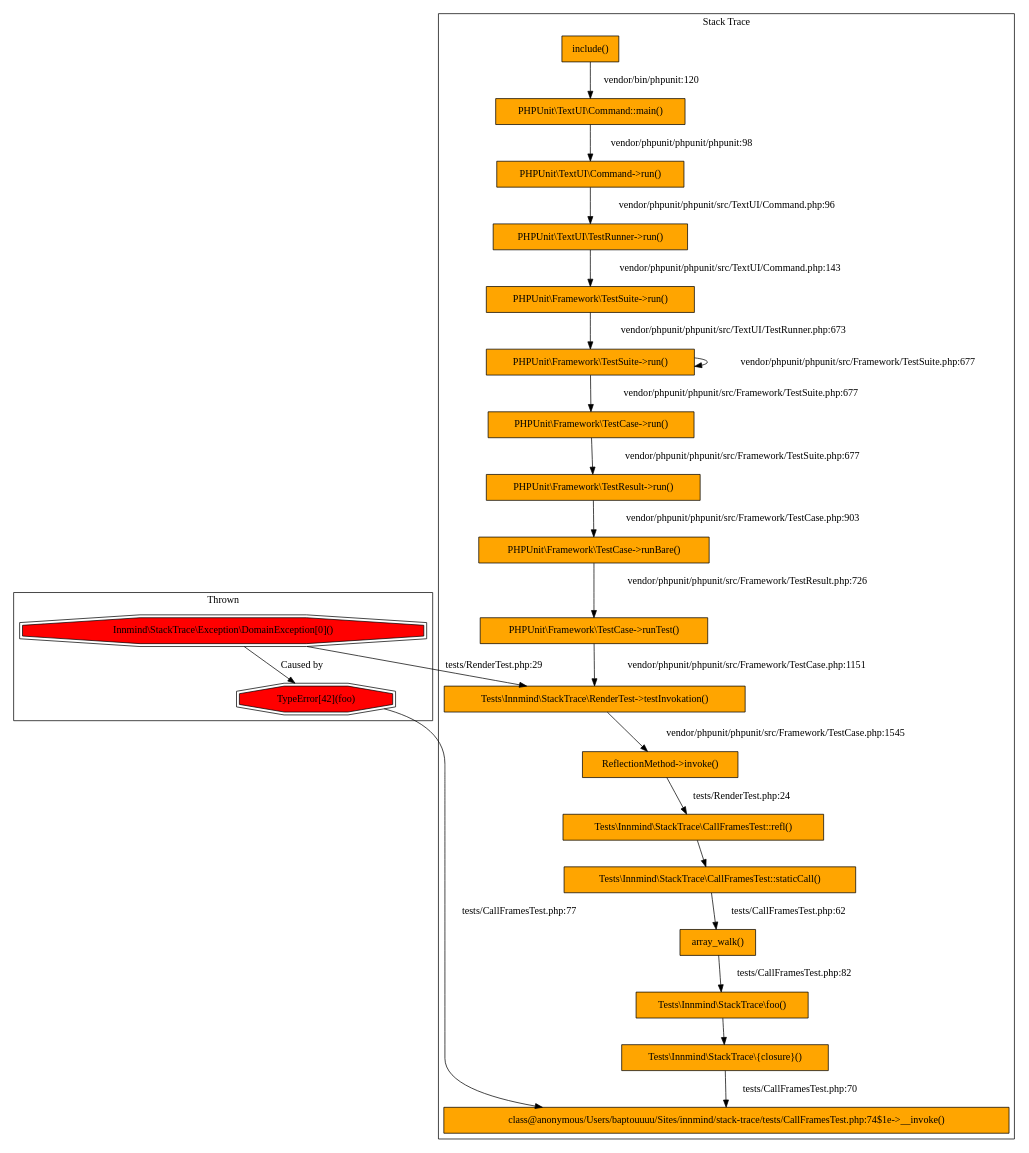
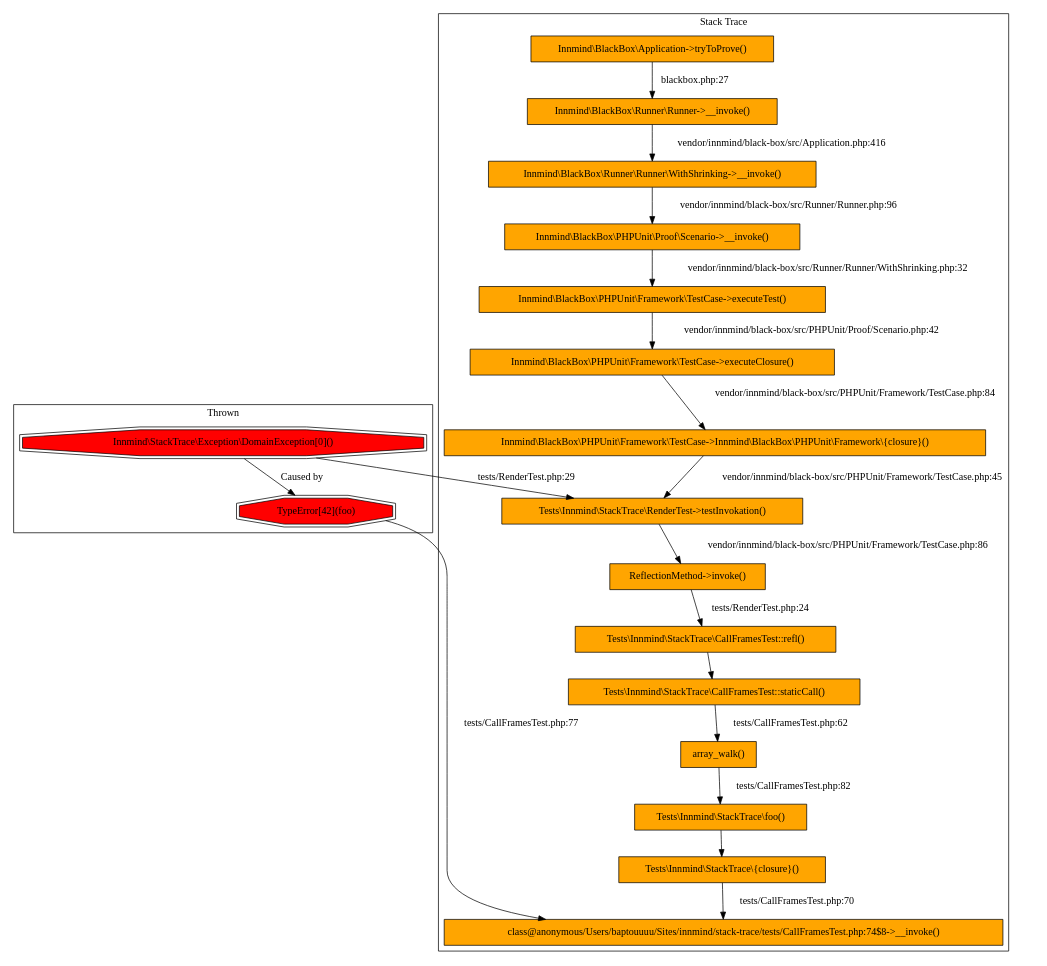
Before and after one commit to Innmind/StackTrace: the diagram in graph.dot, drawn with Graphviz. The commit also changed 20 other files, not shown here.

Commit message:
run tests with blackbox

```diff
--- a/graph.dot
+++ b/graph.dot
@@ -1,49 +1,42 @@
 digraph stack_trace {
     subgraph cluster_throwables {
         label="Thrown"
-    exception_0000000000000afb0000000000000000 -> exception_00000000000005a80000000000000000 [label="Caused by"];
-    exception_00000000000005a80000000000000000 [shape="doubleoctagon", style="filled", fillcolor="#ff0000", label="TypeError[42](foo)", URL="file:///Users/baptouuuu/Sites/innmind/stack-trace/tests/CallFramesTest.php"];
-    exception_0000000000000afb0000000000000000 [shape="doubleoctagon", style="filled", fillcolor="#ff0000", label="Innmind\\StackTrace\\Exception\\DomainException[0]()", URL="file:///Users/baptouuuu/Sites/innmind/stack-trace/tests/RenderTest.php"];
+    exception_00000000000000880000000000000000 -> exception_00000000000005cb0000000000000000 [label="Caused by"];
+    exception_00000000000005cb0000000000000000 [shape="doubleoctagon", style="filled", fillcolor="#ff0000", label="TypeError[42](foo)", URL="file:///Users/baptouuuu/Sites/innmind/stack-trace/tests/CallFramesTest.php"];
+    exception_00000000000000880000000000000000 [shape="doubleoctagon", style="filled", fillcolor="#ff0000", label="Innmind\\StackTrace\\Exception\\DomainException[0]()", URL="file:///Users/baptouuuu/Sites/innmind/stack-trace/tests/RenderTest.php"];
     }
     subgraph cluster_call_frames {
         label="Stack Trace"
-    call_frame_4f9ea46a7375c109da69901c633013a9 -> call_frame_53aaccb6492409f5e3f3865fc706111e [label="tests/CallFramesTest.php:70", URL="file:///Users/baptouuuu/Sites/innmind/stack-trace/tests/CallFramesTest.php"];
+    call_frame_4f9ea46a7375c109da69901c633013a9 -> call_frame_0c8ca819225bbabc6f0533ccef07666b [label="tests/CallFramesTest.php:70", URL="file:///Users/baptouuuu/Sites/innmind/stack-trace/tests/CallFramesTest.php"];
     call_frame_78899d4635295534cfc817b37dee2513 -> call_frame_4f9ea46a7375c109da69901c633013a9;
     call_frame_7945ef788bc897e87fc2d31edd4537b5 -> call_frame_78899d4635295534cfc817b37dee2513 [label="tests/CallFramesTest.php:82", URL="file:///Users/baptouuuu/Sites/innmind/stack-trace/tests/CallFramesTest.php"];
     call_frame_9914fdd0b965fa974e826064877ece14 -> call_frame_7945ef788bc897e87fc2d31edd4537b5 [label="tests/CallFramesTest.php:62", URL="file:///Users/baptouuuu/Sites/innmind/stack-trace/tests/CallFramesTest.php"];
     call_frame_a3479fc68cbbda8c8966caf2abecb4ec -> call_frame_9914fdd0b965fa974e826064877ece14;
     call_frame_4bebae301b668efb03e7bc24f79606a6 -> call_frame_a3479fc68cbbda8c8966caf2abecb4ec [label="tests/RenderTest.php:24", URL="file:///Users/baptouuuu/Sites/innmind/stack-trace/tests/RenderTest.php"];
-    call_frame_47c0407195947f117d1878ddc407c0a3 -> call_frame_4bebae301b668efb03e7bc24f79606a6 [label="vendor/phpunit/phpunit/src/Framework/TestCase.php:1545", URL="file:///Users/baptouuuu/Sites/innmind/stack-trace/vendor/phpunit/phpunit/src/Framework/TestCase.php"];
-    call_frame_07f591f613086fa0eafe956f80ef31fa -> call_frame_47c0407195947f117d1878ddc407c0a3 [label="vendor/phpunit/phpunit/src/Framework/TestCase.php:1151", URL="file:///Users/baptouuuu/Sites/innmind/stack-trace/vendor/phpunit/phpunit/src/Framework/TestCase.php"];
-    call_frame_5627b6f9e8560c938320b94b612d2fc0 -> call_frame_07f591f613086fa0eafe956f80ef31fa [label="vendor/phpunit/phpunit/src/Framework/TestResult.php:726", URL="file:///Users/baptouuuu/Sites/innmind/stack-trace/vendor/phpunit/phpunit/src/Framework/TestResult.php"];
-    call_frame_9e85687edeee0a8f8bd7f473ec92cc89 -> call_frame_5627b6f9e8560c938320b94b612d2fc0 [label="vendor/phpunit/phpunit/src/Framework/TestCase.php:903", URL="file:///Users/baptouuuu/Sites/innmind/stack-trace/vendor/phpunit/phpunit/src/Framework/TestCase.php"];
-    call_frame_862259868e8b30c44157d4fa168fc13a -> call_frame_9e85687edeee0a8f8bd7f473ec92cc89 [label="vendor/phpunit/phpunit/src/Framework/TestSuite.php:677", URL="file:///Users/baptouuuu/Sites/innmind/stack-trace/vendor/phpunit/phpunit/src/Framework/TestSuite.php"];
-    call_frame_cc4026df087e27e93e934267183b41f4 -> call_frame_862259868e8b30c44157d4fa168fc13a [label="vendor/phpunit/phpunit/src/Framework/TestSuite.php:677", URL="file:///Users/baptouuuu/Sites/innmind/stack-trace/vendor/phpunit/phpunit/src/Framework/TestSuite.php"];
-    call_frame_cc4026df087e27e93e934267183b41f4 -> call_frame_cc4026df087e27e93e934267183b41f4 [label="vendor/phpunit/phpunit/src/Framework/TestSuite.php:677", URL="file:///Users/baptouuuu/Sites/innmind/stack-trace/vendor/phpunit/phpunit/src/Framework/TestSuite.php"];
-    call_frame_c8d6907ef39a015179586fa3b8c89d1a -> call_frame_cc4026df087e27e93e934267183b41f4 [label="vendor/phpunit/phpunit/src/TextUI/TestRunner.php:673", URL="file:///Users/baptouuuu/Sites/innmind/stack-trace/vendor/phpunit/phpunit/src/TextUI/TestRunner.php"];
-    call_frame_95bacb9103a97886bc59bc9084f8765c -> call_frame_c8d6907ef39a015179586fa3b8c89d1a [label="vendor/phpunit/phpunit/src/TextUI/Command.php:143", URL="file:///Users/baptouuuu/Sites/innmind/stack-trace/vendor/phpunit/phpunit/src/TextUI/Command.php"];
-    call_frame_ea22ce8c2ce2b0f720bfdcc70fb908c5 -> call_frame_95bacb9103a97886bc59bc9084f8765c [label="vendor/phpunit/phpunit/src/TextUI/Command.php:96", URL="file:///Users/baptouuuu/Sites/innmind/stack-trace/vendor/phpunit/phpunit/src/TextUI/Command.php"];
-    call_frame_06e435cf2f8ff07c446385801e950ee7 -> call_frame_ea22ce8c2ce2b0f720bfdcc70fb908c5 [label="vendor/phpunit/phpunit/phpunit:98", URL="file:///Users/baptouuuu/Sites/innmind/stack-trace/vendor/phpunit/phpunit/phpunit"];
-    call_frame_d8b76d2929d9dd7cd5896c117a761475 -> call_frame_06e435cf2f8ff07c446385801e950ee7 [label="vendor/bin/phpunit:120", URL="file:///Users/baptouuuu/Sites/innmind/stack-trace/vendor/bin/phpunit"];
-    call_frame_53aaccb6492409f5e3f3865fc706111e [shape="box", style="filled", fillcolor="#ffa500", label="class@anonymous/Users/baptouuuu/Sites/innmind/stack-trace/tests/CallFramesTest.php:74$1e->__invoke()", URL="file:///Users/baptouuuu/Sites/innmind/stack-trace/tests/CallFramesTest.php"];
+    call_frame_977883ee6b9d8d61d49a8923590c9d3d -> call_frame_4bebae301b668efb03e7bc24f79606a6 [label="vendor/innmind/black-box/src/PHPUnit/Framework/TestCase.php:86", URL="file:///Users/baptouuuu/Sites/innmind/stack-trace/vendor/innmind/black-box/src/PHPUnit/Framework/TestCase.php"];
+    call_frame_4b21509278f2fb535c4686987deaeec0 -> call_frame_977883ee6b9d8d61d49a8923590c9d3d [label="vendor/innmind/black-box/src/PHPUnit/Framework/TestCase.php:45", URL="file:///Users/baptouuuu/Sites/innmind/stack-trace/vendor/innmind/black-box/src/PHPUnit/Framework/TestCase.php"];
+    call_frame_11bcadcf71c13b34cb8495c5dea2fc27 -> call_frame_4b21509278f2fb535c4686987deaeec0 [label="vendor/innmind/black-box/src/PHPUnit/Framework/TestCase.php:84", URL="file:///Users/baptouuuu/Sites/innmind/stack-trace/vendor/innmind/black-box/src/PHPUnit/Framework/TestCase.php"];
+    call_frame_1c2e2b4e79d46af214de1b3ba4c61dbf -> call_frame_11bcadcf71c13b34cb8495c5dea2fc27 [label="vendor/innmind/black-box/src/PHPUnit/Proof/Scenario.php:42", URL="file:///Users/baptouuuu/Sites/innmind/stack-trace/vendor/innmind/black-box/src/PHPUnit/Proof/Scenario.php"];
+    call_frame_a111af271f7cbec84d773aa454fa4563 -> call_frame_1c2e2b4e79d46af214de1b3ba4c61dbf [label="vendor/innmind/black-box/src/Runner/Runner/WithShrinking.php:32", URL="file:///Users/baptouuuu/Sites/innmind/stack-trace/vendor/innmind/black-box/src/Runner/Runner/WithShrinking.php"];
+    call_frame_a61921d89631465573bff6d224342807 -> call_frame_a111af271f7cbec84d773aa454fa4563 [label="vendor/innmind/black-box/src/Runner/Runner.php:96", URL="file:///Users/baptouuuu/Sites/innmind/stack-trace/vendor/innmind/black-box/src/Runner/Runner.php"];
+    call_frame_798ce749ff53e1197fa23634b0e7aeb8 -> call_frame_a61921d89631465573bff6d224342807 [label="vendor/innmind/black-box/src/Application.php:416", URL="file:///Users/baptouuuu/Sites/innmind/stack-trace/vendor/innmind/black-box/src/Application.php"];
+    call_frame_20f3ae3c3ed2af761933fe1537c4992b -> call_frame_798ce749ff53e1197fa23634b0e7aeb8 [label="blackbox.php:27", URL="file:///Users/baptouuuu/Sites/innmind/stack-trace/blackbox.php"];
+    call_frame_0c8ca819225bbabc6f0533ccef07666b [shape="box", style="filled", fillcolor="#ffa500", label="class@anonymous/Users/baptouuuu/Sites/innmind/stack-trace/tests/CallFramesTest.php:74$8->__invoke()", URL="file:///Users/baptouuuu/Sites/innmind/stack-trace/tests/CallFramesTest.php"];
     call_frame_4f9ea46a7375c109da69901c633013a9 [shape="box", style="filled", fillcolor="#ffa500", label="Tests\\Innmind\\StackTrace\\{closure}()", URL="file:///Users/baptouuuu/Sites/innmind/stack-trace/tests/CallFramesTest.php"];
     call_frame_78899d4635295534cfc817b37dee2513 [shape="box", style="filled", fillcolor="#ffa500", label="Tests\\Innmind\\StackTrace\\foo()"];
     call_frame_7945ef788bc897e87fc2d31edd4537b5 [shape="box", style="filled", fillcolor="#ffa500", label="array_walk()", URL="file:///Users/baptouuuu/Sites/innmind/stack-trace/tests/CallFramesTest.php"];
     call_frame_9914fdd0b965fa974e826064877ece14 [shape="box", style="filled", fillcolor="#ffa500", label="Tests\\Innmind\\StackTrace\\CallFramesTest::staticCall()", URL="file:///Users/baptouuuu/Sites/innmind/stack-trace/tests/CallFramesTest.php"];
     call_frame_a3479fc68cbbda8c8966caf2abecb4ec [shape="box", style="filled", fillcolor="#ffa500", label="Tests\\Innmind\\StackTrace\\CallFramesTest::refl()"];
     call_frame_4bebae301b668efb03e7bc24f79606a6 [shape="box", style="filled", fillcolor="#ffa500", label="ReflectionMethod->invoke()", URL="file:///Users/baptouuuu/Sites/innmind/stack-trace/tests/RenderTest.php"];
-    call_frame_47c0407195947f117d1878ddc407c0a3 [shape="box", style="filled", fillcolor="#ffa500", label="Tests\\Innmind\\StackTrace\\RenderTest->testInvokation()", URL="file:///Users/baptouuuu/Sites/innmind/stack-trace/vendor/phpunit/phpunit/src/Framework/TestCase.php"];
-    call_frame_07f591f613086fa0eafe956f80ef31fa [shape="box", style="filled", fillcolor="#ffa500", label="PHPUnit\\Framework\\TestCase->runTest()", URL="file:///Users/baptouuuu/Sites/innmind/stack-trace/vendor/phpunit/phpunit/src/Framework/TestCase.php"];
-    call_frame_5627b6f9e8560c938320b94b612d2fc0 [shape="box", style="filled", fillcolor="#ffa500", label="PHPUnit\\Framework\\TestCase->runBare()", URL="file:///Users/baptouuuu/Sites/innmind/stack-trace/vendor/phpunit/phpunit/src/Framework/TestResult.php"];
-    call_frame_9e85687edeee0a8f8bd7f473ec92cc89 [shape="box", style="filled", fillcolor="#ffa500", label="PHPUnit\\Framework\\TestResult->run()", URL="file:///Users/baptouuuu/Sites/innmind/stack-trace/vendor/phpunit/phpunit/src/Framework/TestCase.php"];
-    call_frame_862259868e8b30c44157d4fa168fc13a [shape="box", style="filled", fillcolor="#ffa500", label="PHPUnit\\Framework\\TestCase->run()", URL="file:///Users/baptouuuu/Sites/innmind/stack-trace/vendor/phpunit/phpunit/src/Framework/TestSuite.php"];
-    call_frame_cc4026df087e27e93e934267183b41f4 [shape="box", style="filled", fillcolor="#ffa500", label="PHPUnit\\Framework\\TestSuite->run()", URL="file:///Users/baptouuuu/Sites/innmind/stack-trace/vendor/phpunit/phpunit/src/Framework/TestSuite.php"];
-    call_frame_c8d6907ef39a015179586fa3b8c89d1a [shape="box", style="filled", fillcolor="#ffa500", label="PHPUnit\\Framework\\TestSuite->run()", URL="file:///Users/baptouuuu/Sites/innmind/stack-trace/vendor/phpunit/phpunit/src/TextUI/TestRunner.php"];
-    call_frame_95bacb9103a97886bc59bc9084f8765c [shape="box", style="filled", fillcolor="#ffa500", label="PHPUnit\\TextUI\\TestRunner->run()", URL="file:///Users/baptouuuu/Sites/innmind/stack-trace/vendor/phpunit/phpunit/src/TextUI/Command.php"];
-    call_frame_ea22ce8c2ce2b0f720bfdcc70fb908c5 [shape="box", style="filled", fillcolor="#ffa500", label="PHPUnit\\TextUI\\Command->run()", URL="file:///Users/baptouuuu/Sites/innmind/stack-trace/vendor/phpunit/phpunit/src/TextUI/Command.php"];
-    call_frame_06e435cf2f8ff07c446385801e950ee7 [shape="box", style="filled", fillcolor="#ffa500", label="PHPUnit\\TextUI\\Command::main()", URL="file:///Users/baptouuuu/Sites/innmind/stack-trace/vendor/phpunit/phpunit/phpunit"];
-    call_frame_d8b76d2929d9dd7cd5896c117a761475 [shape="box", style="filled", fillcolor="#ffa500", label="include()", URL="file:///Users/baptouuuu/Sites/innmind/stack-trace/vendor/bin/phpunit"];
+    call_frame_977883ee6b9d8d61d49a8923590c9d3d [shape="box", style="filled", fillcolor="#ffa500", label="Tests\\Innmind\\StackTrace\\RenderTest->testInvokation()", URL="file:///Users/baptouuuu/Sites/innmind/stack-trace/vendor/innmind/black-box/src/PHPUnit/Framework/TestCase.php"];
+    call_frame_4b21509278f2fb535c4686987deaeec0 [shape="box", style="filled", fillcolor="#ffa500", label="Innmind\\BlackBox\\PHPUnit\\Framework\\TestCase->Innmind\\BlackBox\\PHPUnit\\Framework\\{closure}()", URL="file:///Users/baptouuuu/Sites/innmind/stack-trace/vendor/innmind/black-box/src/PHPUnit/Framework/TestCase.php"];
+    call_frame_11bcadcf71c13b34cb8495c5dea2fc27 [shape="box", style="filled", fillcolor="#ffa500", label="Innmind\\BlackBox\\PHPUnit\\Framework\\TestCase->executeClosure()", URL="file:///Users/baptouuuu/Sites/innmind/stack-trace/vendor/innmind/black-box/src/PHPUnit/Framework/TestCase.php"];
+    call_frame_1c2e2b4e79d46af214de1b3ba4c61dbf [shape="box", style="filled", fillcolor="#ffa500", label="Innmind\\BlackBox\\PHPUnit\\Framework\\TestCase->executeTest()", URL="file:///Users/baptouuuu/Sites/innmind/stack-trace/vendor/innmind/black-box/src/PHPUnit/Proof/Scenario.php"];
+    call_frame_a111af271f7cbec84d773aa454fa4563 [shape="box", style="filled", fillcolor="#ffa500", label="Innmind\\BlackBox\\PHPUnit\\Proof\\Scenario->__invoke()", URL="file:///Users/baptouuuu/Sites/innmind/stack-trace/vendor/innmind/black-box/src/Runner/Runner/WithShrinking.php"];
+    call_frame_a61921d89631465573bff6d224342807 [shape="box", style="filled", fillcolor="#ffa500", label="Innmind\\BlackBox\\Runner\\Runner\\WithShrinking->__invoke()", URL="file:///Users/baptouuuu/Sites/innmind/stack-trace/vendor/innmind/black-box/src/Runner/Runner.php"];
+    call_frame_798ce749ff53e1197fa23634b0e7aeb8 [shape="box", style="filled", fillcolor="#ffa500", label="Innmind\\BlackBox\\Runner\\Runner->__invoke()", URL="file:///Users/baptouuuu/Sites/innmind/stack-trace/vendor/innmind/black-box/src/Application.php"];
+    call_frame_20f3ae3c3ed2af761933fe1537c4992b [shape="box", style="filled", fillcolor="#ffa500", label="Innmind\\BlackBox\\Application->tryToProve()", URL="file:///Users/baptouuuu/Sites/innmind/stack-trace/blackbox.php"];
     }
-    exception_00000000000005a80000000000000000 -> call_frame_53aaccb6492409f5e3f3865fc706111e [label="tests/CallFramesTest.php:77", URL="file:///Users/baptouuuu/Sites/innmind/stack-trace/tests/CallFramesTest.php"];
-    exception_0000000000000afb0000000000000000 -> call_frame_47c0407195947f117d1878ddc407c0a3 [label="tests/RenderTest.php:29", URL="file:///Users/baptouuuu/Sites/innmind/stack-trace/tests/RenderTest.php"];
+    exception_00000000000005cb0000000000000000 -> call_frame_0c8ca819225bbabc6f0533ccef07666b [label="tests/CallFramesTest.php:77", URL="file:///Users/baptouuuu/Sites/innmind/stack-trace/tests/CallFramesTest.php"];
+    exception_00000000000000880000000000000000 -> call_frame_977883ee6b9d8d61d49a8923590c9d3d [label="tests/RenderTest.php:29", URL="file:///Users/baptouuuu/Sites/innmind/stack-trace/tests/RenderTest.php"];
 }
```
